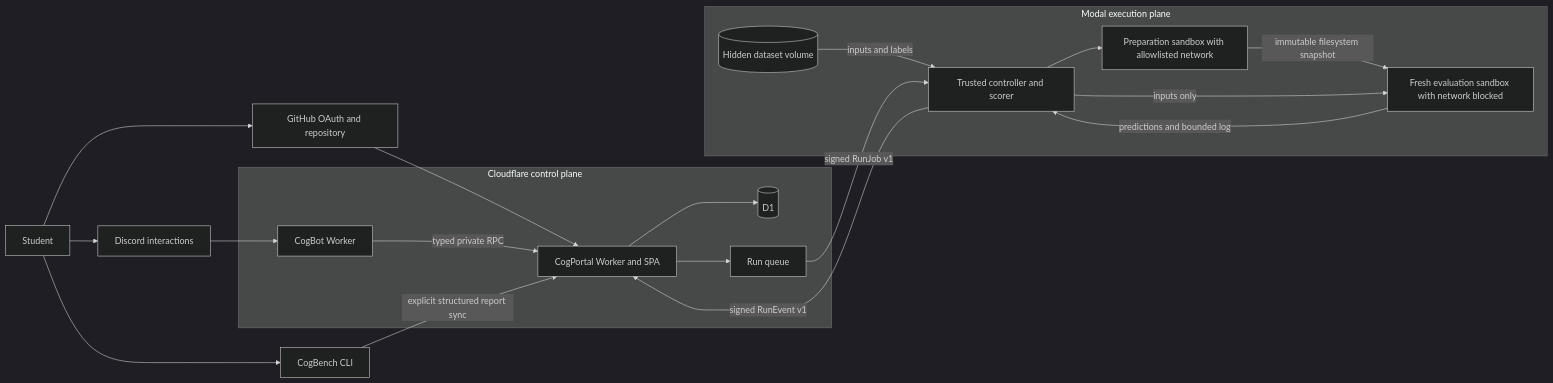
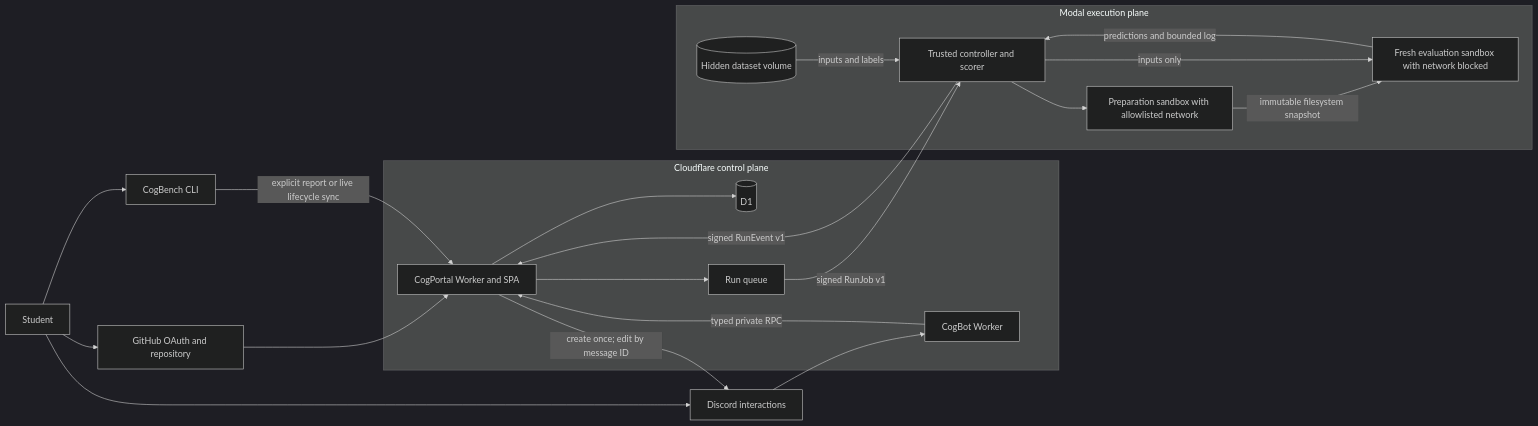
The diagram in docs/architecture/platform.md (SamGu-NRX/CogPortal), drawn with Mermaid (dark theme) before and after one commit. The commit also changed other lines of this file and 62 other files, not shown here.

````diff
--- a/docs/architecture/platform.md
+++ b/docs/architecture/platform.md
@@ -5,38 +5,39 @@
 ```mermaid
 flowchart LR
     Student["Student"]
     GitHub["GitHub OAuth and repository"]
     Discord["Discord interactions"]
     CLI["CogBench CLI"]
 
     subgraph Cloudflare["Cloudflare control plane"]
         Bot["CogBot Worker"]
         Portal["CogPortal Worker and SPA"]
         DB[("D1")]
         Queue["Run queue"]
     end
 
     subgraph Modal["Modal execution plane"]
         Controller["Trusted controller and scorer"]
         Prep["Preparation sandbox with allowlisted network"]
         Eval["Fresh evaluation sandbox with network blocked"]
         Hidden[("Hidden dataset volume")]
     end
 
     Student --> GitHub
     Student --> Discord
     Student --> CLI
     GitHub --> Portal
     Discord --> Bot
     Bot -->|"typed private RPC"| Portal
-    CLI -->|"explicit structured report sync"| Portal
+    CLI -->|"explicit report or live lifecycle sync"| Portal
+    Portal -->|"create once; edit by message ID"| Discord
     Portal --> DB
     Portal --> Queue
     Queue -->|"signed RunJob v1"| Controller
     Controller --> Prep
     Prep -->|"immutable filesystem snapshot"| Eval
     Hidden -->|"inputs and labels"| Controller
     Controller -->|"inputs only"| Eval
     Eval -->|"predictions and bounded log"| Controller
     Controller -->|"signed RunEvent v1"| Portal
 ```
````
